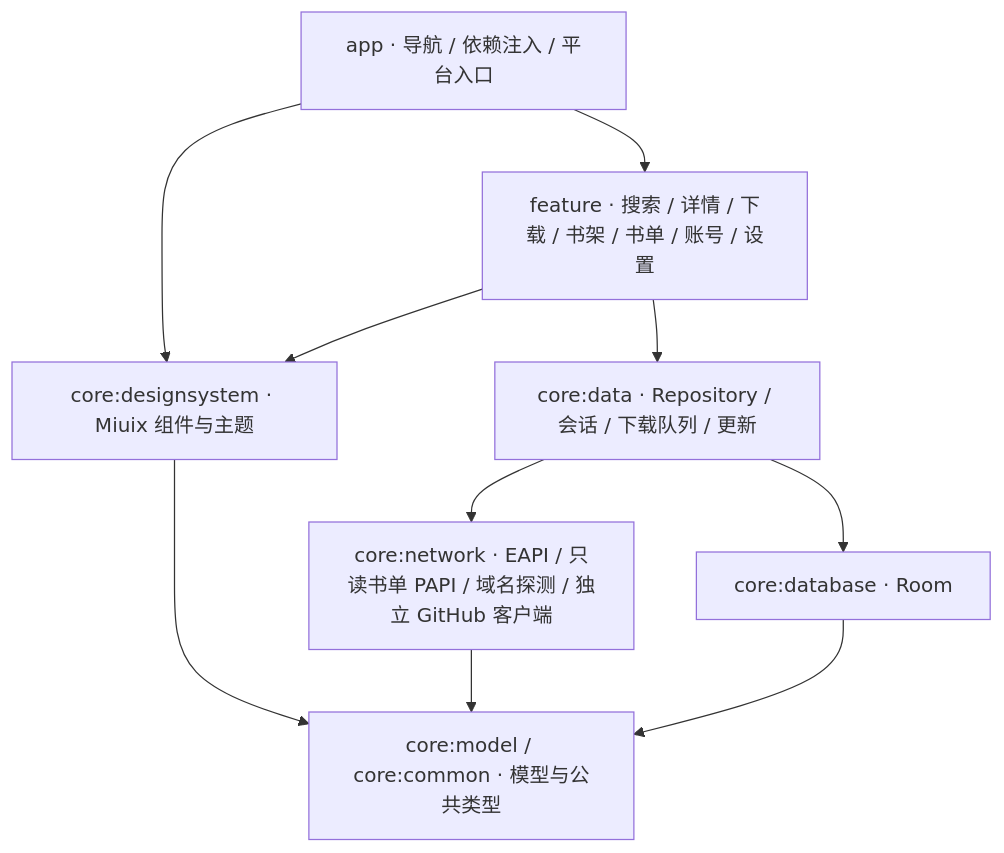
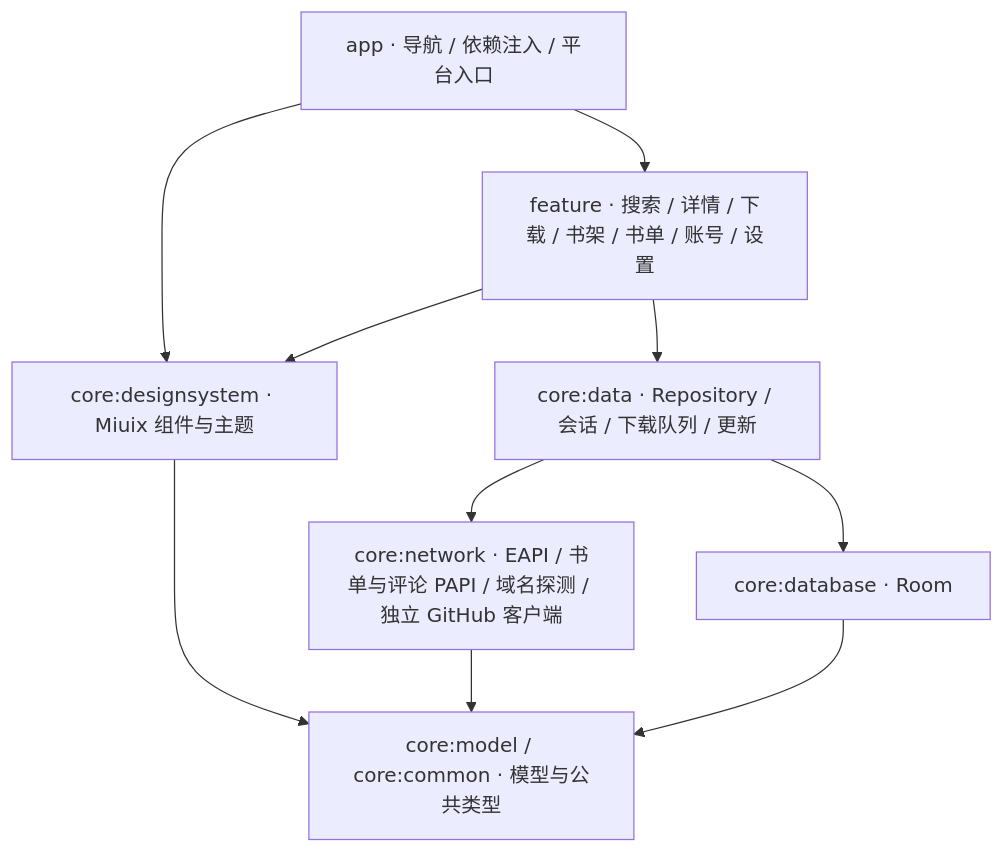
Before and after one commit to qgming/zlib-app: the diagram in README.md, drawn with Mermaid. The commit also changed other lines of this file and 45 other files, not shown here.

````diff
--- a/README.md
+++ b/README.md
@@ -104,19 +104,19 @@
 ```mermaid
 flowchart TB
   App["app · 导航 / 依赖注入 / 平台入口"]
   Features["feature · 搜索 / 详情 / 下载 / 书架 / 书单 / 账号 / 设置"]
   Design["core:designsystem · Miuix 组件与主题"]
   Data["core:data · Repository / 会话 / 下载队列 / 更新"]
-  Network["core:network · EAPI / 只读书单 PAPI / 域名探测 / 独立 GitHub 客户端"]
+  Network["core:network · EAPI / 书单与评论 PAPI / 域名探测 / 独立 GitHub 客户端"]
   Database["core:database · Room"]
   Base["core:model / core:common · 模型与公共类型"]
   App --> Features
   App --> Design
   Features --> Design
   Features --> Data
   Data --> Network
   Data --> Database
   Design --> Base
   Network --> Base
   Database --> Base
 ```
````
